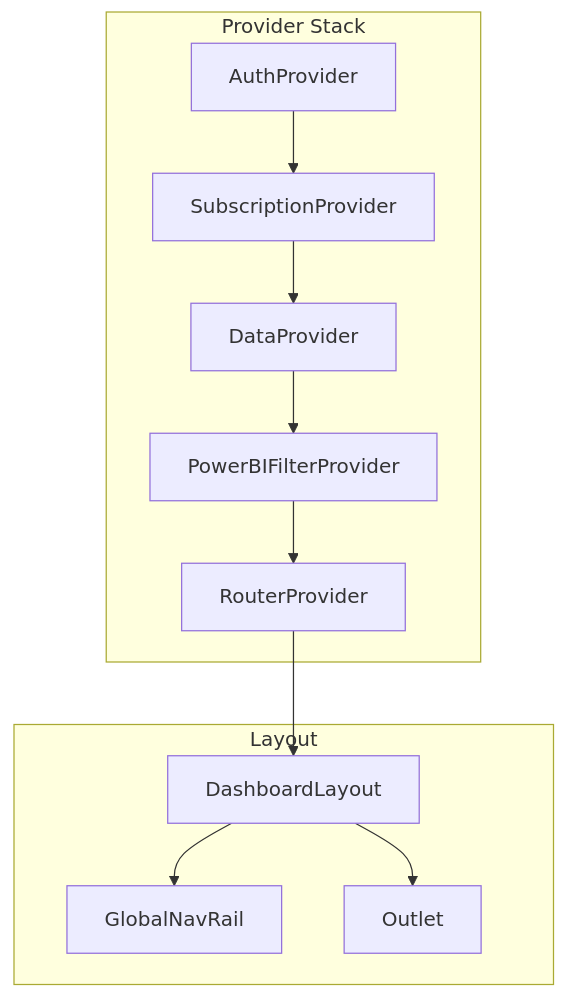
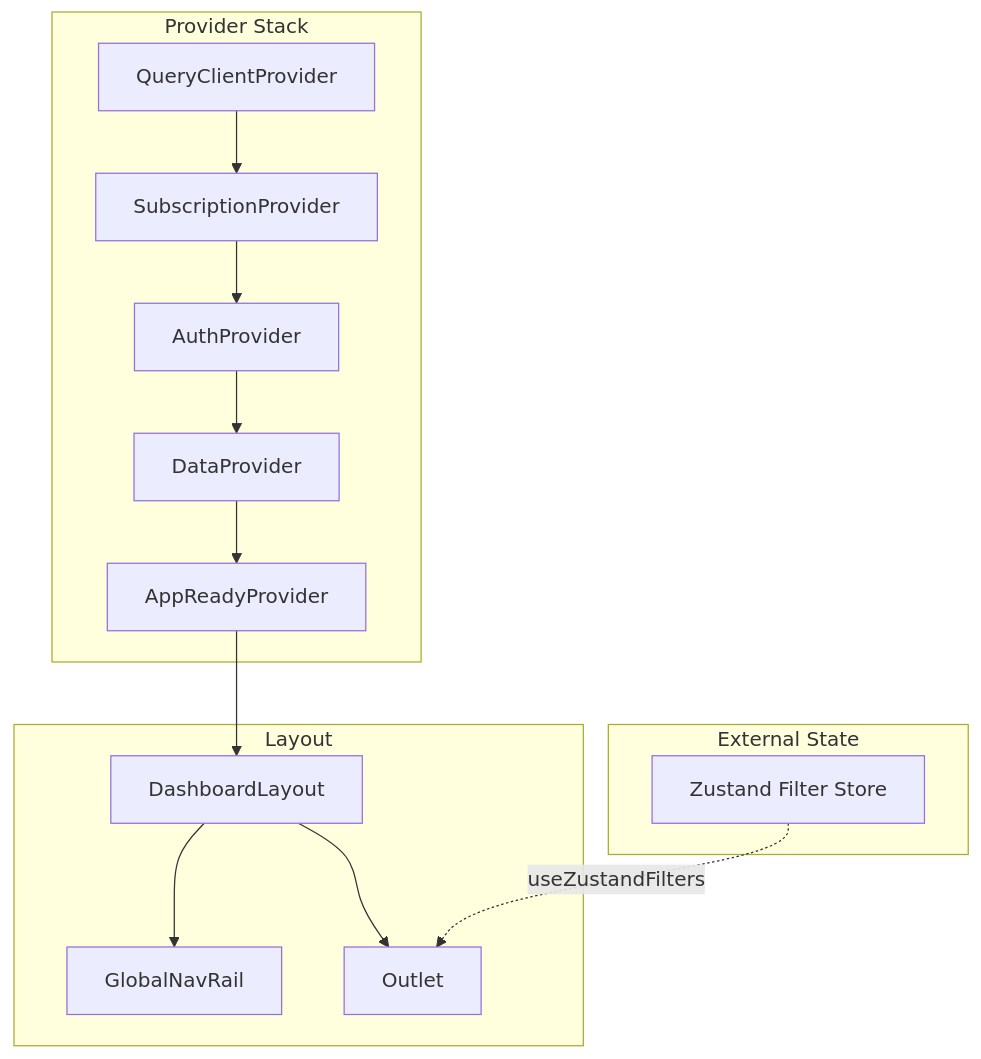
The diagram in docs/frontend.md (sgpropertyanalytics/sg-property-analytics), drawn with Mermaid before and after one commit. The commit also changed other lines of this file and 4 other files, not shown here.

First line of the commit message:
docs: update documentation for Zustand/TanStack Query architecture

````diff
--- a/docs/frontend.md
+++ b/docs/frontend.md
@@ -60,20 +58,25 @@
 ```mermaid
 flowchart TB
     subgraph Providers["Provider Stack"]
+        QC[QueryClientProvider]
+        SP[SubscriptionProvider]
         AP[AuthProvider]
-        SP[SubscriptionProvider]
         DP[DataProvider]
-        FP[PowerBIFilterProvider]
-        RP[RouterProvider]
+        ARP[AppReadyProvider]
+    end
+
+    subgraph State["External State"]
+        ZS[Zustand Filter Store]
     end
 
     subgraph Layout["Layout"]
         DL[DashboardLayout]
         NR[GlobalNavRail]
         OL[Outlet]
     end
 
-    AP --> SP --> DP --> FP --> RP --> DL
+    QC --> SP --> AP --> DP --> ARP --> DL
     DL --> NR
     DL --> OL
+    ZS -.-> |useZustandFilters| OL
 ```
````
